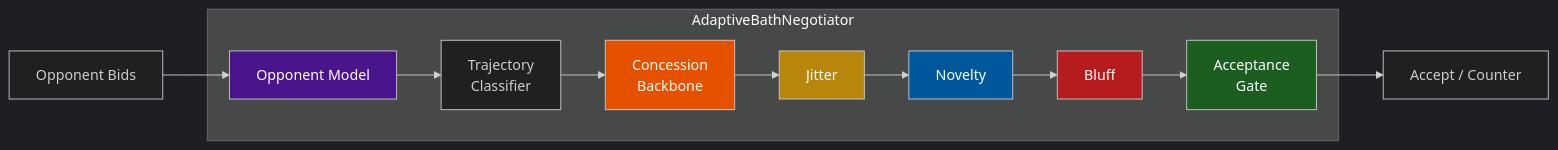
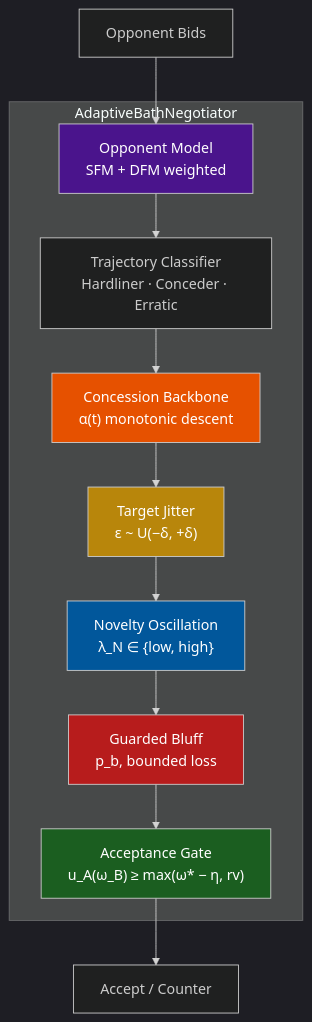
One commit to celosers/AdaptiveBathNegotiater changed the second of 3 diagrams in README.md. Above: the diagram before and after it, drawn with Mermaid. The commit also changed other lines of this file, not shown here.

Commit message:
Switch diagrams to vertical TD layout

````diff
--- a/README.md
+++ b/README.md
@@ -39,21 +39,23 @@
 ```mermaid
 %%{init: {'theme': 'dark'}}%%
-graph LR
+graph TB
     subgraph Agent["AdaptiveBathNegotiator"]
-        OM["Opponent Model"] --> TA["Trajectory<br/>Classifier"]
-        TA --> ASP["Concession<br/>Backbone"]
-        ASP --> JIT["Jitter"]
-        JIT --> NOV["Novelty"]
-        NOV --> BLF["Bluff"]
-        BLF --> GATE["Acceptance<br/>Gate"]
+        OM["Opponent Model<br/>SFM + DFM weighted"]
+        TA["Trajectory Classifier<br/>Hardliner · Conceder · Erratic"]
+        ASP["Concession Backbone<br/>α(t) monotonic descent"]
+        JIT["Target Jitter<br/>ε ~ U(−δ, +δ)"]
+        NOV["Novelty Oscillation<br/>λ_N ∈ {low, high}"]
+        BLF["Guarded Bluff<br/>p_b, bounded loss"]
+        GATE["Acceptance Gate<br/>u_A(ω_B) ≥ max(ω* − η, rv)"]
     end
+    OM --> TA --> ASP --> JIT --> NOV --> BLF --> GATE
     IN["Opponent Bids"] --> OM
     GATE --> OUT["Accept / Counter"]
 
     style OM fill:#4a148c,color:#fff
     style ASP fill:#e65100,color:#fff
     style JIT fill:#b8860b,color:#fff
     style NOV fill:#01579b,color:#fff
     style BLF fill:#b71c1c,color:#fff
     style GATE fill:#1b5e20,color:#fff
 ```
````
